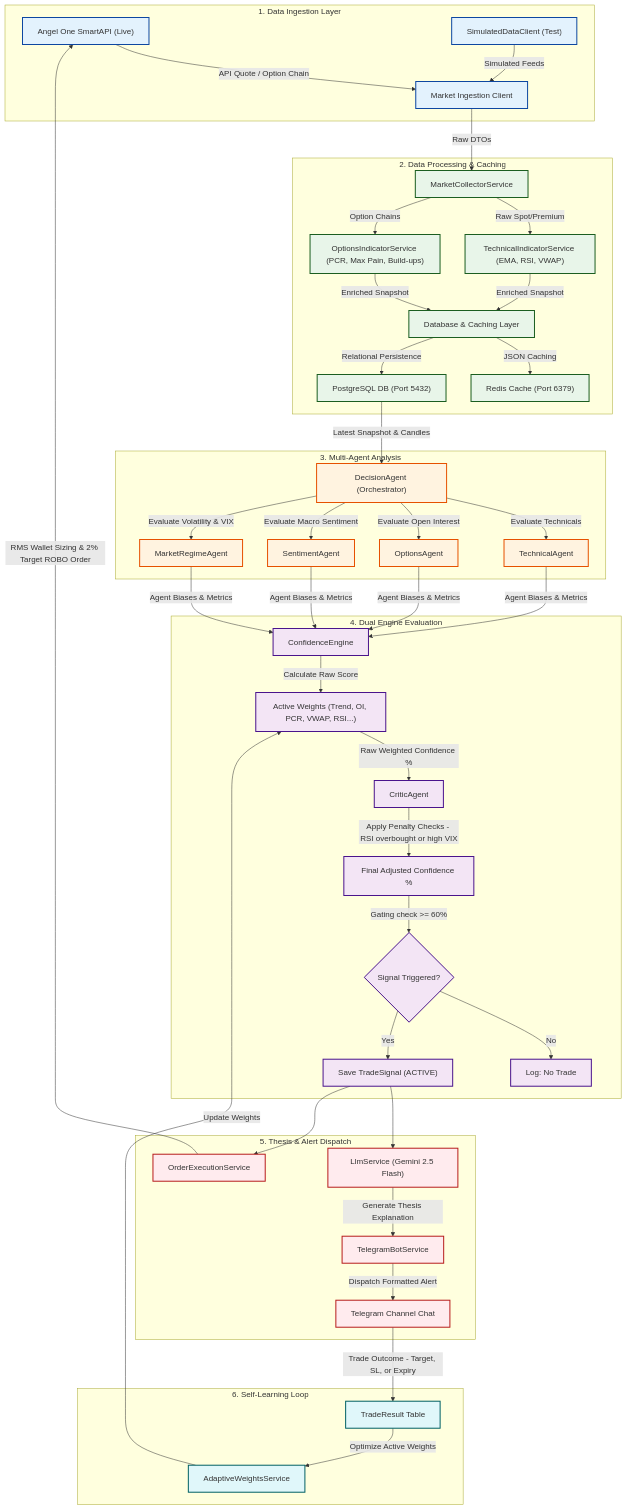
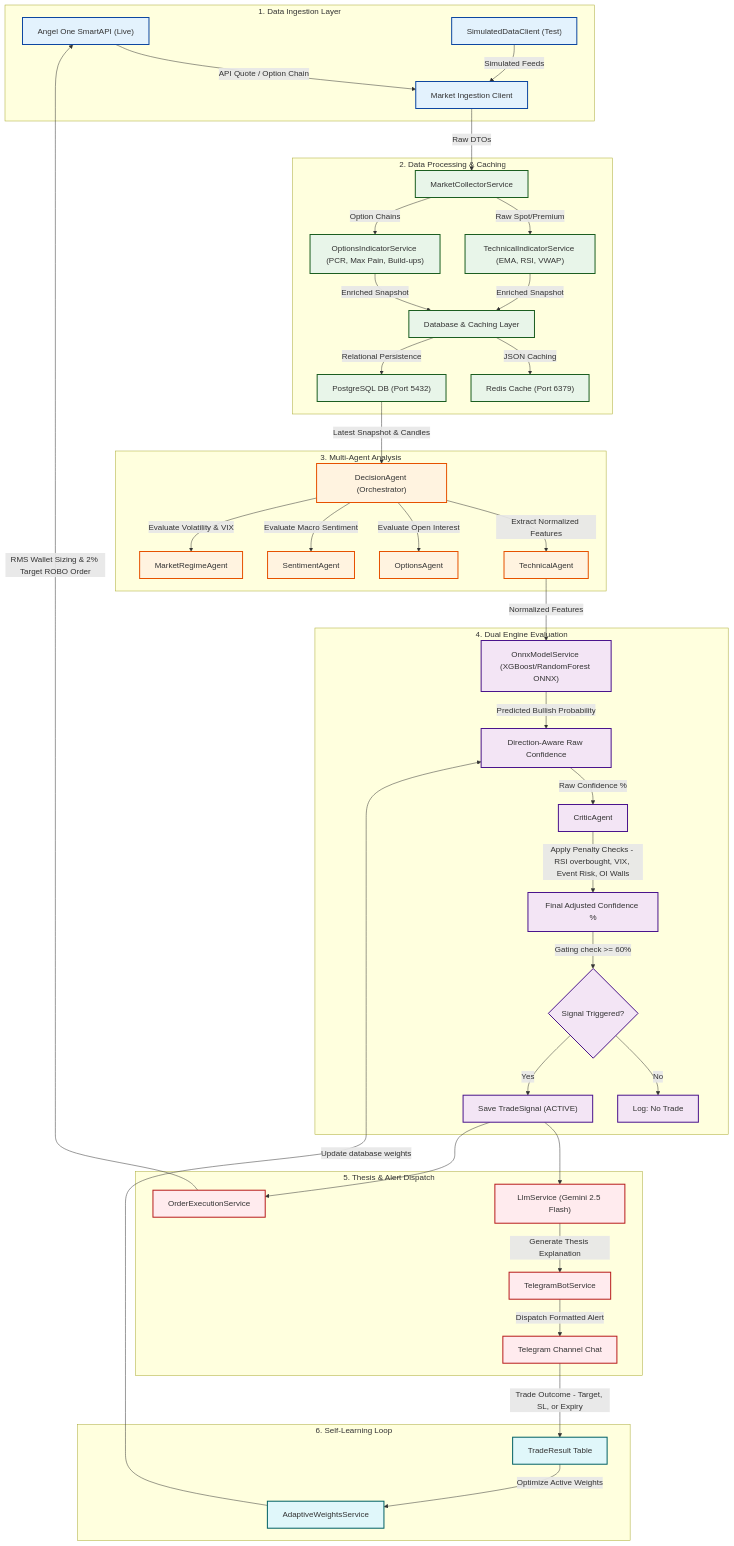
One commit to AutomationProjectQA/nifty-analysis-engine changed the diagram in architecture_diagram.md. Above: the diagram before and after it, drawn with Mermaid. The commit also changed 14 other files, not shown here.

Commit message:
feat: integrate ONNX-based Random Forest model for bullish probability inference into backtesting and analysis pipeline

````diff
--- a/architecture_diagram.md
+++ b/architecture_diagram.md
@@ -5,69 +5,69 @@
 ```mermaid
 graph TD
     %% 1. Ingestion Layer
     subgraph Ingestion ["1. Data Ingestion Layer"]
         A1["Angel One SmartAPI (Live)"] -->|API Quote / Option Chain| B["Market Ingestion Client"]
         A2["SimulatedDataClient (Test)"] -->|Simulated Feeds| B
     end
 
     %% 2. Processing & Caching Layer
     subgraph IngestionService ["2. Data Processing & Caching"]
         B -->|Raw DTOs| C["MarketCollectorService"]
         C -->|Raw Spot/Premium| D["TechnicalIndicatorService (EMA, RSI, VWAP)"]
         C -->|Option Chains| E["OptionsIndicatorService (PCR, Max Pain, Build-ups)"]
         D & E -->|Enriched Snapshot| F["Database & Caching Layer"]
         F -->|JSON Caching| G["Redis Cache (Port 6379)"]
         F -->|Relational Persistence| H["PostgreSQL DB (Port 5432)"]
     end
 
     %% 3. Analytical Agent Layer
     subgraph AgentLayer ["3. Multi-Agent Analysis"]
         H -->|Latest Snapshot & Candles| I["DecisionAgent (Orchestrator)"]
-        I -->|Evaluate Technicals| J["TechnicalAgent"]
+        I -->|Extract Normalized Features| J["TechnicalAgent"]
         I -->|Evaluate Open Interest| K["OptionsAgent"]
         I -->|Evaluate Macro Sentiment| L["SentimentAgent"]
         I -->|Evaluate Volatility & VIX| M["MarketRegimeAgent"]
     end
 
     %% 4. Scoring & Gating Engines
     subgraph ScoringEngine ["4. Dual Engine Evaluation"]
-        J & K & L & M -->|Agent Biases & Metrics| N["ConfidenceEngine"]
-        N -->|Calculate Raw Score| O["Active Weights (Trend, OI, PCR, VWAP, RSI...)"]
-        O -->|Raw Weighted Confidence %| P["CriticAgent"]
-        P -->|Apply Penalty Checks - RSI overbought or high VIX| Q["Final Adjusted Confidence %"]
+        J -->|Normalized Features| ONNX["OnnxModelService (XGBoost/RandomForest ONNX)"]
+        ONNX -->|Predicted Bullish Probability| CONF_CALC["Direction-Aware Raw Confidence"]
+        CONF_CALC -->|Raw Confidence %| P["CriticAgent"]
+        P -->|Apply Penalty Checks - RSI overbought, VIX, Event Risk, OI Walls| Q["Final Adjusted Confidence %"]
         Q -->|Gating check >= 60%| R{"Signal Triggered?"}
         R -->|No| S["Log: No Trade"]
         R -->|Yes| T["Save TradeSignal (ACTIVE)"]
     end
 
     %% 5. Thesis & Notification Layer
     subgraph AlertLayer ["5. Thesis & Alert Dispatch"]
         T --> U["LlmService (Gemini 2.5 Flash)"]
         U -->|Generate Thesis Explanation| V["TelegramBotService"]
         V -->|Dispatch Formatted Alert| W["Telegram Channel Chat"]
         T --> AE["OrderExecutionService"]
         AE -->|RMS Wallet Sizing & 2% Target ROBO Order| A1
     end
 
     %% 6. Feedback & Self-Learning
     subgraph FeedbackLayer ["6. Self-Learning Loop"]
         W -->|Trade Outcome - Target, SL, or Expiry| X["TradeResult Table"]
         X -->|Optimize Active Weights| Y["AdaptiveWeightsService"]
-        Y -->|Update Weights| O
+        Y -->|Update database weights| CONF_CALC
     end
 
     %% Styling
     classDef ingestion fill:#e3f2fd,stroke:#0d47a1,stroke-width:2px;
     classDef processing fill:#e8f5e9,stroke:#1b5e20,stroke-width:2px;
     classDef agents fill:#fff3e0,stroke:#e65100,stroke-width:2px;
     classDef scoring fill:#f3e5f5,stroke:#4a148c,stroke-width:2px;
     classDef alert fill:#ffebee,stroke:#b71c1c,stroke-width:2px;
     classDef feedback fill:#e0f7fa,stroke:#006064,stroke-width:2px;
 
     class A1,A2,B ingestion;
     class C,D,E,F,G,H processing;
     class I,J,K,L,M agents;
-    class N,O,P,Q,R,S,T scoring;
+    class ONNX,CONF_CALC,P,Q,R,S,T scoring;
     class U,V,W,AE alert;
     class X,Y feedback;
 ```
````
